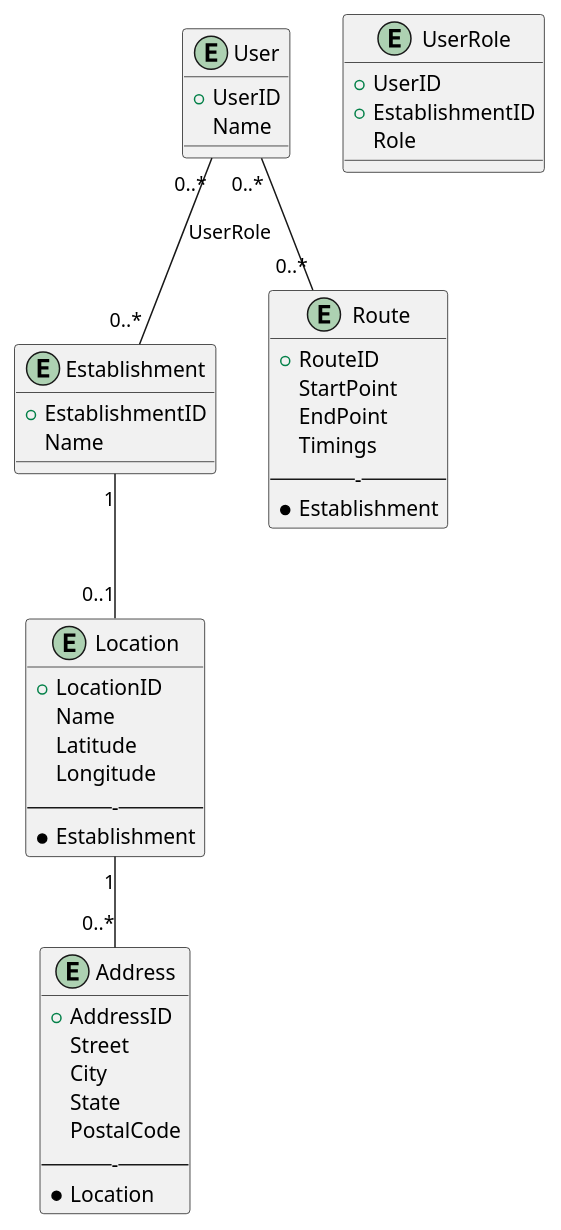
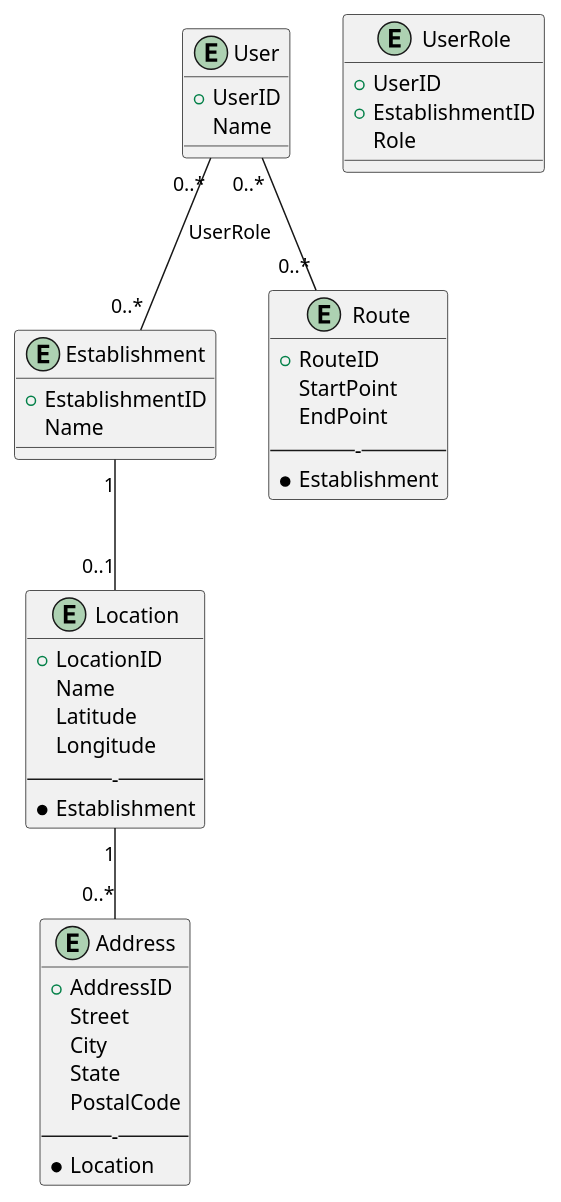
One commit to jigar-dhulla/yaarpool changed the diagram in diagrams/er.plantuml. Above: the diagram before and after it, drawn with PlantUML. The commit also changed 57 other files, not shown here.

```diff
--- a/diagrams/er.plantuml
+++ b/diagrams/er.plantuml
@@ -1,50 +1,49 @@
 @startuml YaarPool
 entity "User" {
   + UserID
   Name
 }
 
 entity "Establishment" {
   + EstablishmentID
   Name
 }
 
 entity "UserRole" {
   + UserID
   + EstablishmentID
   Role
 }
 
 entity "Location" {
   + LocationID
   Name
   Latitude
   Longitude
   -----
   * Establishment
 }
 
 entity "Address" {
   + AddressID
   Street
   City
   State
   PostalCode
   -----
   * Location
 }
 
 entity "Route" {
   + RouteID
   StartPoint
   EndPoint
-  Timings
   -----
   * Establishment
 }
 
 User "0..*" -- "0..*" Establishment : UserRole
 Establishment "1" -- "0..1" Location
 Location "1" -- "0..*" Address
 User "0..*" -- "0..*" Route
 @enduml
```
